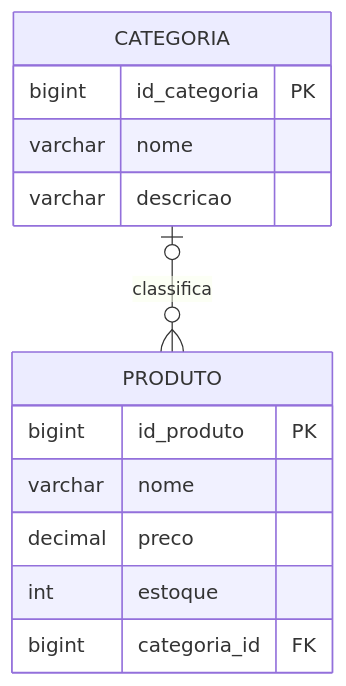
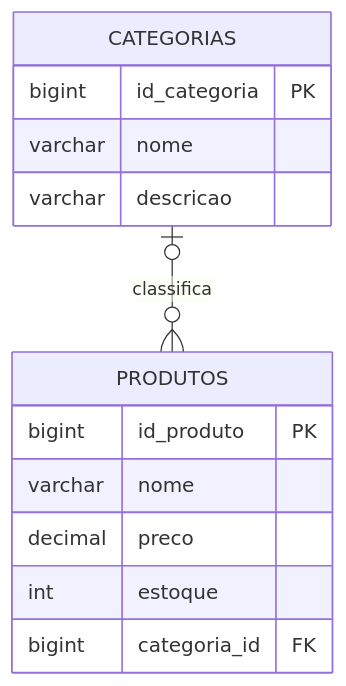
The fifth of 12 diagrams in aulas/Cardinalidade_MER_Completo.md (DSM-Fatec-Jahu/Banco-de-Dados-Relacional-IBD015), drawn with Mermaid before and after one commit. The commit also changed other lines of this file and 1 other file, not shown here.

````diff
--- a/aulas/Cardinalidade_MER_Completo.md
+++ b/aulas/Cardinalidade_MER_Completo.md
@@ -274,18 +274,18 @@
 ```mermaid
 erDiagram
-    CATEGORIA {
+    CATEGORIAS {
         bigint id_categoria PK
         varchar nome
         varchar descricao
     }
 
-    PRODUTO {
+    PRODUTOS {
         bigint id_produto PK
         varchar nome
         decimal preco
         int estoque
         bigint categoria_id FK
     }
 
-    CATEGORIA |o--o{ PRODUTO : "classifica"
+    CATEGORIAS |o--o{ PRODUTOS : "classifica"
 ```
````
